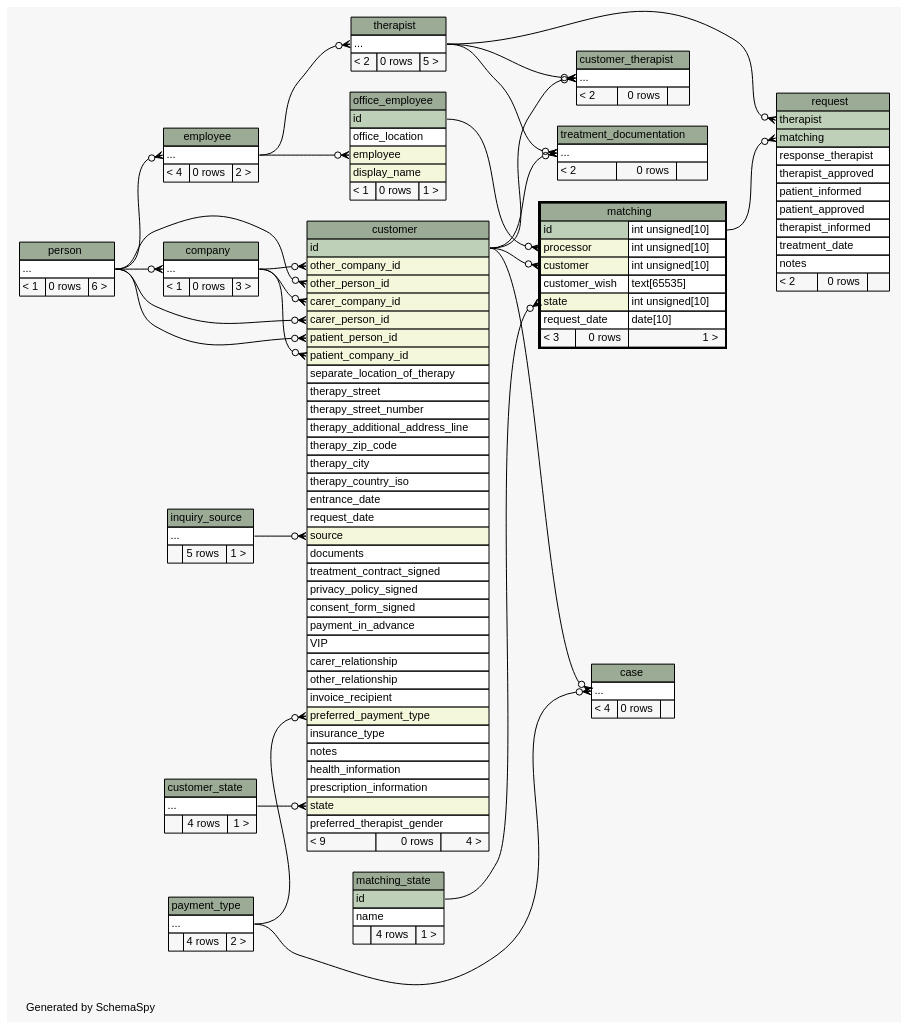
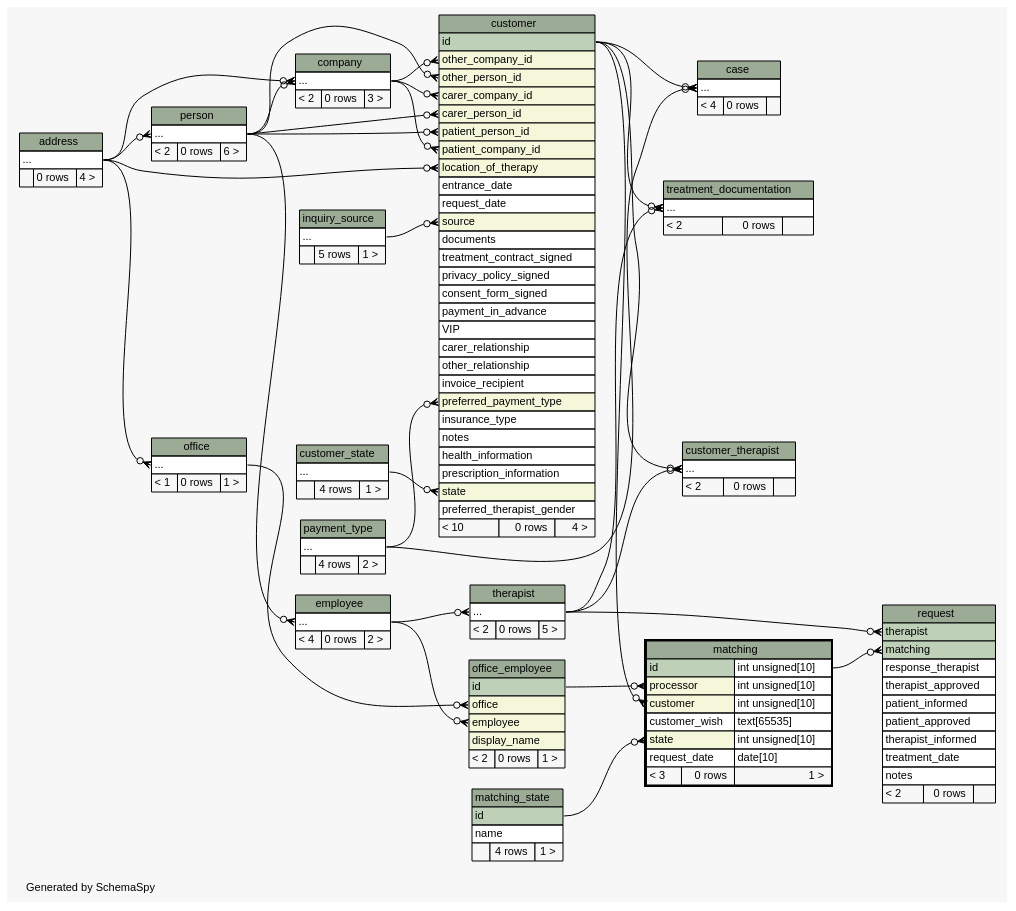
The diagram in diagrams/matching.2degrees.dot (KaiBMP/KaiBMP.github.io), drawn with Graphviz before and after one commit. The commit also changed 136 other files, not shown here.

Commit message:
schemaspy update

```diff
--- a/diagrams/matching.2degrees.dot
+++ b/diagrams/matching.2degrees.dot
@@ -21,9 +21,11 @@
   ];
   "case":"elipses":w -> "customer":"id":e [arrowhead=none dir=back arrowtail=crowodot];
   "case":"elipses":w -> "payment_type":"elipses":e [arrowhead=none dir=back arrowtail=crowodot];
+  "company":"elipses":w -> "address":"elipses":e [arrowhead=none dir=back arrowtail=crowodot];
   "company":"elipses":w -> "person":"elipses":e [arrowhead=none dir=back arrowtail=crowodot];
   "customer":"carer_company_id":w -> "company":"elipses":e [arrowhead=none dir=back arrowtail=crowodot];
   "customer":"carer_person_id":w -> "person":"elipses":e [arrowhead=none dir=back arrowtail=crowodot];
+  "customer":"location_of_therapy":w -> "address":"elipses":e [arrowhead=none dir=back arrowtail=crowodot];
   "customer":"other_company_id":w -> "company":"elipses":e [arrowhead=none dir=back arrowtail=crowodot];
   "customer":"other_person_id":w -> "person":"elipses":e [arrowhead=none dir=back arrowtail=crowodot];
   "customer":"patient_company_id":w -> "company":"elipses":e [arrowhead=none dir=back arrowtail=crowodot];
@@ -37,12 +39,25 @@
   "matching":"customer":w -> "customer":"id":e [arrowhead=none dir=back arrowtail=crowodot];
   "matching":"processor":w -> "office_employee":"id":e [arrowhead=none dir=back arrowtail=crowodot];
   "matching":"state":w -> "matching_state":"id":e [arrowhead=none dir=back arrowtail=crowodot];
+  "office":"elipses":w -> "address":"elipses":e [arrowhead=none dir=back arrowtail=crowodot];
   "office_employee":"employee":w -> "employee":"elipses":e [arrowhead=none dir=back arrowtail=crowodot];
+  "office_employee":"office":w -> "office":"elipses":e [arrowhead=none dir=back arrowtail=crowodot];
+  "person":"elipses":w -> "address":"elipses":e [arrowhead=none dir=back arrowtail=crowodot];
   "request":"matching":w -> "matching":"id.type":e [arrowhead=none dir=back arrowtail=crowodot];
   "request":"therapist":w -> "therapist":"elipses":e [arrowhead=none dir=back arrowtail=crowodot];
   "therapist":"elipses":w -> "employee":"elipses":e [arrowhead=none dir=back arrowtail=crowodot];
   "treatment_documentation":"elipses":w -> "customer":"id":e [arrowhead=none dir=back arrowtail=crowodot];
   "treatment_documentation":"elipses":w -> "therapist":"elipses":e [arrowhead=none dir=back arrowtail=crowodot];
+  "address" [
+    label=<
+    <TABLE BORDER="0" CELLBORDER="1" CELLSPACING="0" BGCOLOR="#ffffff">
+      <TR><TD COLSPAN="3" BGCOLOR="#9bab96" ALIGN="CENTER">address</TD></TR>
+      <TR><TD PORT="elipses" COLSPAN="3" ALIGN="LEFT">...</TD></TR>
+      <TR><TD ALIGN="LEFT" BGCOLOR="#f7f7f7">  </TD><TD ALIGN="RIGHT" BGCOLOR="#f7f7f7">0 rows</TD><TD ALIGN="RIGHT" BGCOLOR="#f7f7f7">4 &gt;</TD></TR>
+    </TABLE>>
+    URL="address.html"
+    tooltip="address"
+  ];
   "case" [
     label=<
     <TABLE BORDER="0" CELLBORDER="1" CELLSPACING="0" BGCOLOR="#ffffff">
@@ -58,7 +73,7 @@
     <TABLE BORDER="0" CELLBORDER="1" CELLSPACING="0" BGCOLOR="#ffffff">
       <TR><TD COLSPAN="3" BGCOLOR="#9bab96" ALIGN="CENTER">company</TD></TR>
       <TR><TD PORT="elipses" COLSPAN="3" ALIGN="LEFT">...</TD></TR>
-      <TR><TD ALIGN="LEFT" BGCOLOR="#f7f7f7">&lt; 1</TD><TD ALIGN="RIGHT" BGCOLOR="#f7f7f7">0 rows</TD><TD ALIGN="RIGHT" BGCOLOR="#f7f7f7">3 &gt;</TD></TR>
+      <TR><TD ALIGN="LEFT" BGCOLOR="#f7f7f7">&lt; 2</TD><TD ALIGN="RIGHT" BGCOLOR="#f7f7f7">0 rows</TD><TD ALIGN="RIGHT" BGCOLOR="#f7f7f7">3 &gt;</TD></TR>
     </TABLE>>
     URL="company.html"
     tooltip="company"
@@ -74,13 +89,7 @@
       <TR><TD PORT="carer_person_id" COLSPAN="3" BGCOLOR="#f4f7da" ALIGN="LEFT">carer_person_id</TD></TR>
       <TR><TD PORT="patient_person_id" COLSPAN="3" BGCOLOR="#f4f7da" ALIGN="LEFT">patient_person_id</TD></TR>
       <TR><TD PORT="patient_company_id" COLSPAN="3" BGCOLOR="#f4f7da" ALIGN="LEFT">patient_company_id</TD></TR>
-      <TR><TD PORT="separate_location_of_therapy" COLSPAN="3" ALIGN="LEFT">separate_location_of_therapy</TD></TR>
-      <TR><TD PORT="therapy_street" COLSPAN="3" ALIGN="LEFT">therapy_street</TD></TR>
-      <TR><TD PORT="therapy_street_number" COLSPAN="3" ALIGN="LEFT">therapy_street_number</TD></TR>
-      <TR><TD PORT="therapy_additional_address_line" COLSPAN="3" ALIGN="LEFT">therapy_additional_address_line</TD></TR>
-      <TR><TD PORT="therapy_zip_code" COLSPAN="3" ALIGN="LEFT">therapy_zip_code</TD></TR>
-      <TR><TD PORT="therapy_city" COLSPAN="3" ALIGN="LEFT">therapy_city</TD></TR>
-      <TR><TD PORT="therapy_country_iso" COLSPAN="3" ALIGN="LEFT">therapy_country_iso</TD></TR>
+      <TR><TD PORT="location_of_therapy" COLSPAN="3" BGCOLOR="#f4f7da" ALIGN="LEFT">location_of_therapy</TD></TR>
       <TR><TD PORT="entrance_date" COLSPAN="3" ALIGN="LEFT">entrance_date</TD></TR>
       <TR><TD PORT="request_date" COLSPAN="3" ALIGN="LEFT">request_date</TD></TR>
       <TR><TD PORT="source" COLSPAN="3" BGCOLOR="#f4f7da" ALIGN="LEFT">source</TD></TR>
@@ -100,7 +109,7 @@
       <TR><TD PORT="prescription_information" COLSPAN="3" ALIGN="LEFT">prescription_information</TD></TR>
       <TR><TD PORT="state" COLSPAN="3" BGCOLOR="#f4f7da" ALIGN="LEFT">state</TD></TR>
       <TR><TD PORT="preferred_therapist_gender" COLSPAN="3" ALIGN="LEFT">preferred_therapist_gender</TD></TR>
-      <TR><TD ALIGN="LEFT" BGCOLOR="#f7f7f7">&lt; 9</TD><TD ALIGN="RIGHT" BGCOLOR="#f7f7f7">0 rows</TD><TD ALIGN="RIGHT" BGCOLOR="#f7f7f7">4 &gt;</TD></TR>
+      <TR><TD ALIGN="LEFT" BGCOLOR="#f7f7f7">&lt; 10</TD><TD ALIGN="RIGHT" BGCOLOR="#f7f7f7">0 rows</TD><TD ALIGN="RIGHT" BGCOLOR="#f7f7f7">4 &gt;</TD></TR>
     </TABLE>>
     URL="customer.html"
     tooltip="customer"
@@ -171,15 +180,25 @@
     URL="matching_state.html"
     tooltip="matching_state"
   ];
+  "office" [
+    label=<
+    <TABLE BORDER="0" CELLBORDER="1" CELLSPACING="0" BGCOLOR="#ffffff">
+      <TR><TD COLSPAN="3" BGCOLOR="#9bab96" ALIGN="CENTER">office</TD></TR>
+      <TR><TD PORT="elipses" COLSPAN="3" ALIGN="LEFT">...</TD></TR>
+      <TR><TD ALIGN="LEFT" BGCOLOR="#f7f7f7">&lt; 1</TD><TD ALIGN="RIGHT" BGCOLOR="#f7f7f7">0 rows</TD><TD ALIGN="RIGHT" BGCOLOR="#f7f7f7">1 &gt;</TD></TR>
+    </TABLE>>
+    URL="office.html"
+    tooltip="office"
+  ];
   "office_employee" [
     label=<
     <TABLE BORDER="0" CELLBORDER="1" CELLSPACING="0" BGCOLOR="#ffffff">
       <TR><TD COLSPAN="3" BGCOLOR="#9bab96" ALIGN="CENTER">office_employee</TD></TR>
       <TR><TD PORT="id" COLSPAN="3" BGCOLOR="#bed1b8" ALIGN="LEFT">id</TD></TR>
-      <TR><TD PORT="office_location" COLSPAN="3" ALIGN="LEFT">office_location</TD></TR>
+      <TR><TD PORT="office" COLSPAN="3" BGCOLOR="#f4f7da" ALIGN="LEFT">office</TD></TR>
       <TR><TD PORT="employee" COLSPAN="3" BGCOLOR="#f4f7da" ALIGN="LEFT">employee</TD></TR>
       <TR><TD PORT="display_name" COLSPAN="3" BGCOLOR="#f4f7da" ALIGN="LEFT">display_name</TD></TR>
-      <TR><TD ALIGN="LEFT" BGCOLOR="#f7f7f7">&lt; 1</TD><TD ALIGN="RIGHT" BGCOLOR="#f7f7f7">0 rows</TD><TD ALIGN="RIGHT" BGCOLOR="#f7f7f7">1 &gt;</TD></TR>
+      <TR><TD ALIGN="LEFT" BGCOLOR="#f7f7f7">&lt; 2</TD><TD ALIGN="RIGHT" BGCOLOR="#f7f7f7">0 rows</TD><TD ALIGN="RIGHT" BGCOLOR="#f7f7f7">1 &gt;</TD></TR>
     </TABLE>>
     URL="office_employee.html"
     tooltip="office_employee"
@@ -199,7 +218,7 @@
     <TABLE BORDER="0" CELLBORDER="1" CELLSPACING="0" BGCOLOR="#ffffff">
       <TR><TD COLSPAN="3" BGCOLOR="#9bab96" ALIGN="CENTER">person</TD></TR>
       <TR><TD PORT="elipses" COLSPAN="3" ALIGN="LEFT">...</TD></TR>
-      <TR><TD ALIGN="LEFT" BGCOLOR="#f7f7f7">&lt; 1</TD><TD ALIGN="RIGHT" BGCOLOR="#f7f7f7">0 rows</TD><TD ALIGN="RIGHT" BGCOLOR="#f7f7f7">6 &gt;</TD></TR>
+      <TR><TD ALIGN="LEFT" BGCOLOR="#f7f7f7">&lt; 2</TD><TD ALIGN="RIGHT" BGCOLOR="#f7f7f7">0 rows</TD><TD ALIGN="RIGHT" BGCOLOR="#f7f7f7">6 &gt;</TD></TR>
     </TABLE>>
     URL="person.html"
     tooltip="person"
```
